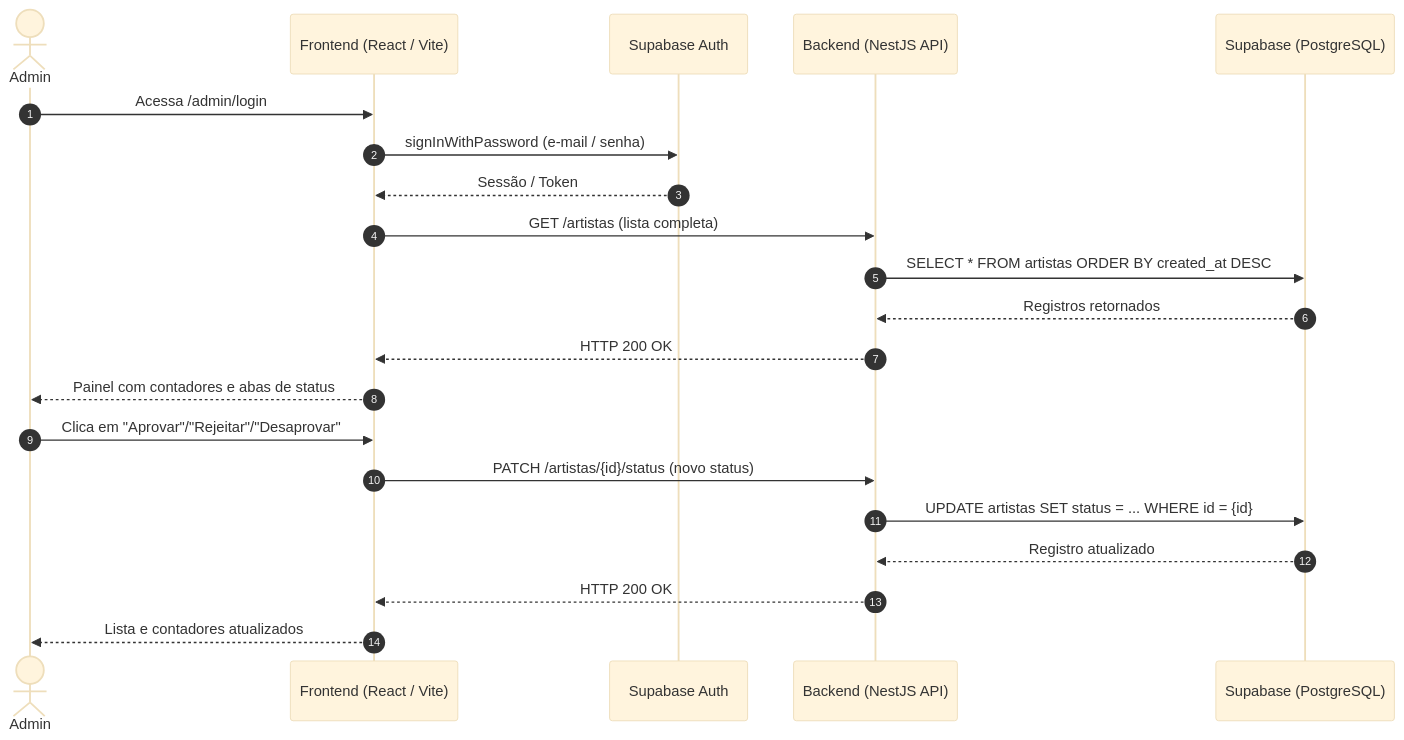
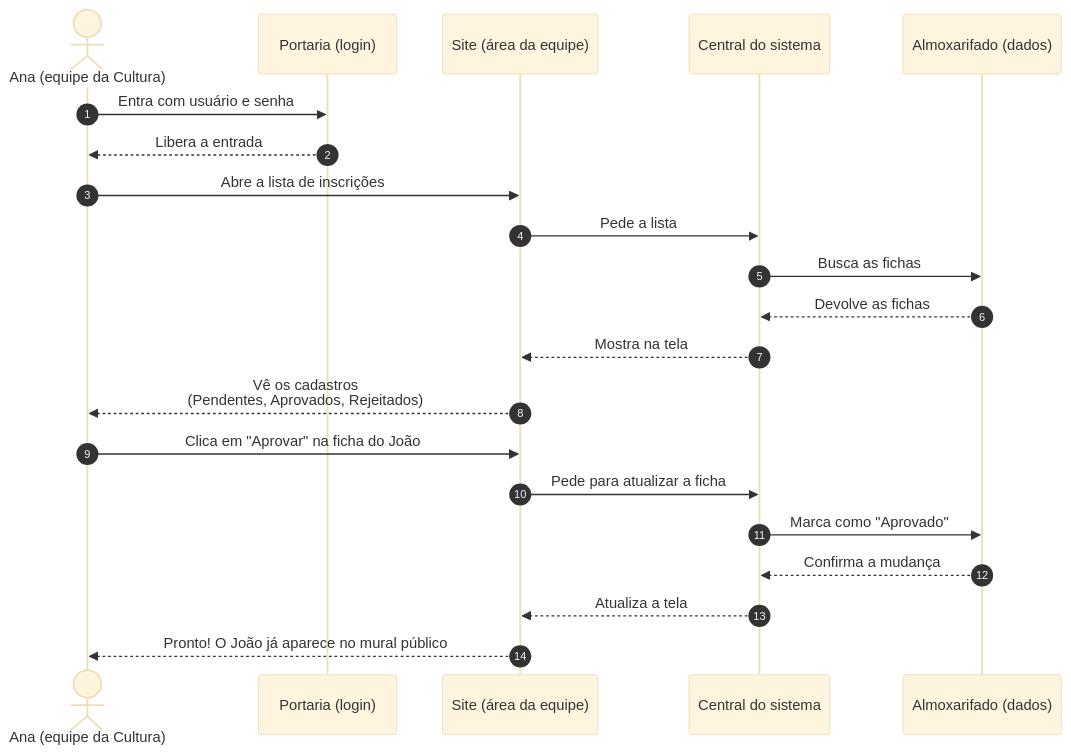
Before and after one commit to heduardowitkoski/cadastroDeArtistas: the fourth of 8 diagrams in DIAGRAMAS_MERMAID.md, drawn with Mermaid (base theme). The commit also changed other lines of this file and 1 other file, not shown here.

Commit message:
docs: tornar diagramas mais ilustrativos e com linguagem acessivel

````diff
--- a/DIAGRAMAS_MERMAID.md
+++ b/DIAGRAMAS_MERMAID.md
@@ -161,25 +83,25 @@
 ```mermaid
 sequenceDiagram
     autonumber
-    actor Admin
-    participant Front as Frontend (React / Vite)
-    participant Auth as Supabase Auth
-    participant Back as Backend (NestJS API)
-    participant DB as Supabase (PostgreSQL)
+    actor A as Ana (equipe da Cultura)
+    participant P as Portaria (login)
+    participant S as Site (área da equipe)
+    participant C as Central do sistema
+    participant B as Almoxarifado (dados)
 
-    Admin->>Front: Acessa /admin/login
-    Front->>Auth: signInWithPassword (e-mail / senha)
-    Auth-->>Front: Sessão / Token
-    Front->>Back: GET /artistas (lista completa)
-    Back->>DB: SELECT * FROM artistas ORDER BY created_at DESC
-    DB-->>Back: Registros retornados
-    Back-->>Front: HTTP 200 OK
-    Front-->>Admin: Painel com contadores e abas de status
+    A->>P: Entra com usuário e senha
+    P-->>A: Libera a entrada
+    A->>S: Abre a lista de inscrições
+    S->>C: Pede a lista
+    C->>B: Busca as fichas
+    B-->>C: Devolve as fichas
+    C-->>S: Mostra na tela
+    S-->>A: Vê os cadastros<br/>(Pendentes, Aprovados, Rejeitados)
 
-    Admin->>Front: Clica em "Aprovar"/"Rejeitar"/"Desaprovar"
-    Front->>Back: PATCH /artistas/{id}/status (novo status)
-    Back->>DB: UPDATE artistas SET status = ... WHERE id = {id}
-    DB-->>Back: Registro atualizado
-    Back-->>Front: HTTP 200 OK
-    Front-->>Admin: Lista e contadores atualizados
+    A->>S: Clica em "Aprovar" na ficha do João
+    S->>C: Pede para atualizar a ficha
+    C->>B: Marca como "Aprovado"
+    B-->>C: Confirma a mudança
+    C-->>S: Atualiza a tela
+    S-->>A: Pronto! O João já aparece no mural público
 ```
````
